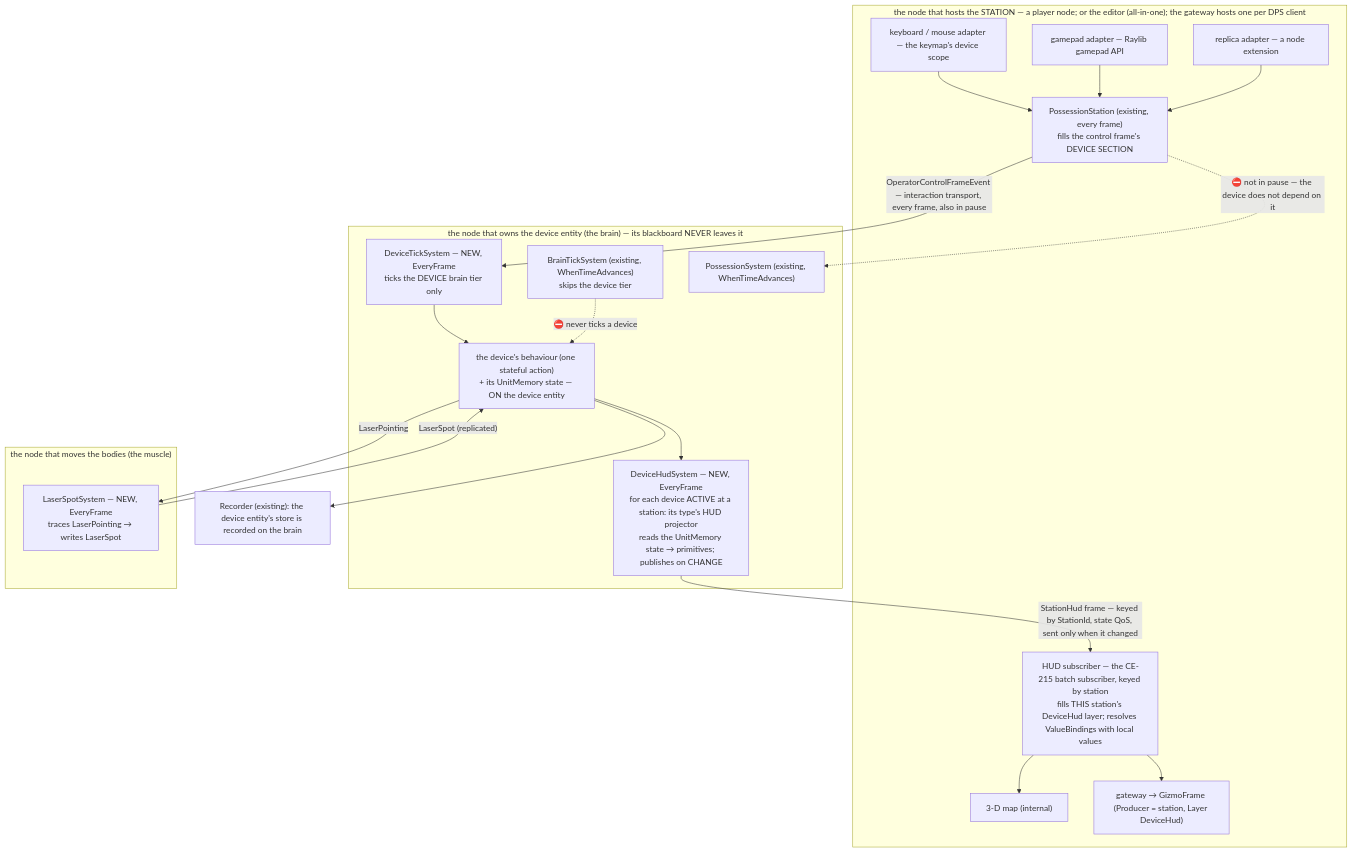
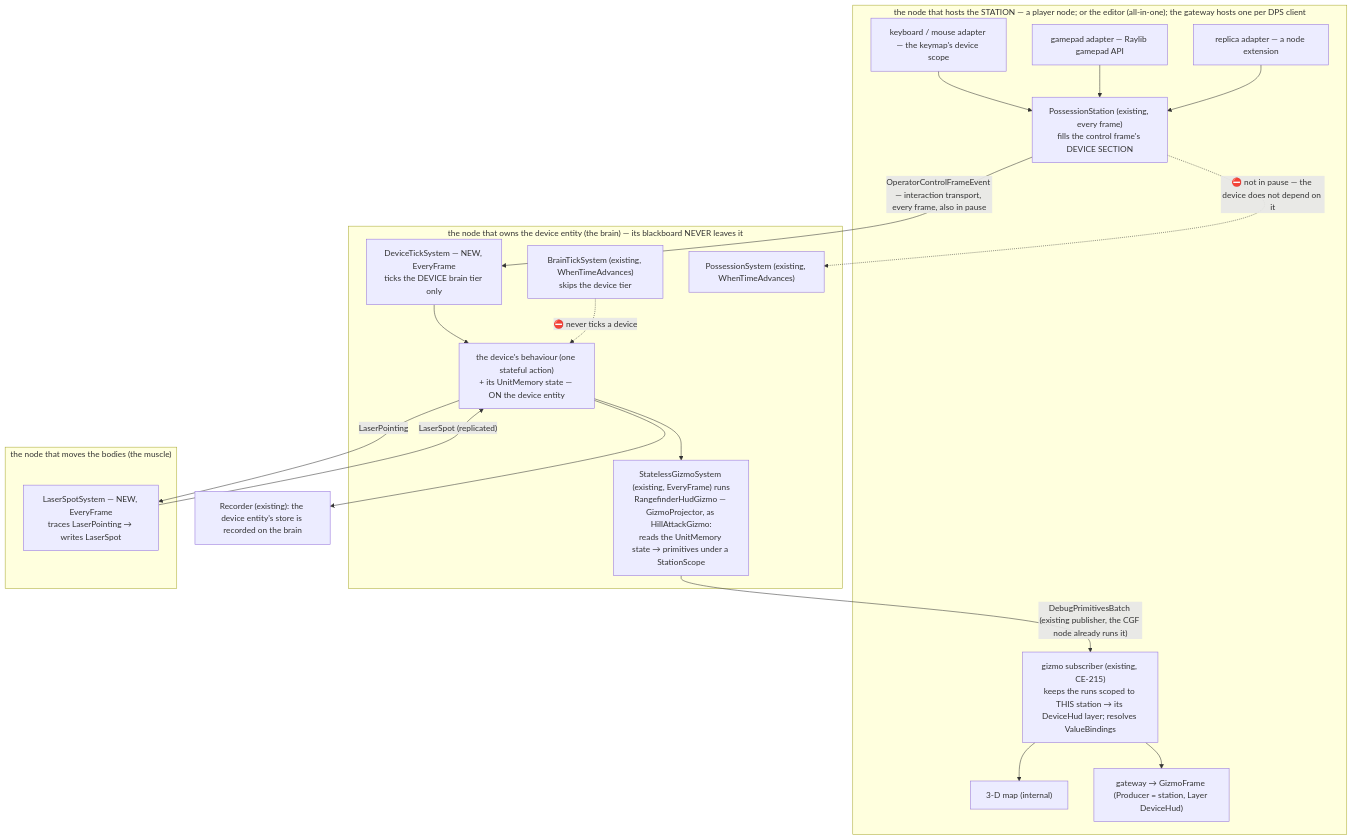
The first of 6 diagrams in docs/designs/devices/DESIGN_Simulated_Devices.md (pjanec/HROT), drawn with Mermaid before and after one commit. The commit also changed other lines of this file, not shown here.

First line of the commit message:
devices design rev 7 (§3k): no HUD system — the HUD is a stateless gizmo projector on the brain (as HillAttackGizmo), shipped by the existing batch under a StationScope meta-primitive

````diff
--- a/docs/designs/devices/DESIGN_Simulated_Devices.md
+++ b/docs/designs/devices/DESIGN_Simulated_Devices.md
@@ -71,37 +71,37 @@
 ```mermaid
 graph TD
   subgraph STATION["the node that hosts the STATION — a player node; or the editor (all-in-one); the gateway hosts one per DPS client"]
     KM["keyboard / mouse adapter — the keymap's device scope"]
     PAD["gamepad adapter — Raylib gamepad API"]
     REP["replica adapter — a node extension"]
     PS["PossessionStation (existing, every frame)<br/>fills the control frame's DEVICE SECTION"]
-    SUB["HUD subscriber — the CE-215 batch subscriber, keyed by station<br/>fills THIS station's DeviceHud layer; resolves ValueBindings with local values"]
+    SUB["gizmo subscriber (existing, CE-215)<br/>keeps the runs scoped to THIS station → its DeviceHud layer; resolves ValueBindings"]
     MAP["3-D map (internal)"]
     GW["gateway → GizmoFrame (Producer = station, Layer DeviceHud)"]
   end
   subgraph BRAIN["the node that owns the device entity (the brain) — its blackboard NEVER leaves it"]
     DTS["DeviceTickSystem — NEW, EveryFrame<br/>ticks the DEVICE brain tier only"]
     DB["the device's behaviour (one stateful action)<br/>+ its UnitMemory state — ON the device entity"]
-    HUDS["DeviceHudSystem — NEW, EveryFrame<br/>for each device ACTIVE at a station: its type's HUD projector<br/>reads the UnitMemory state → primitives; publishes on CHANGE"]
+    HUDS["StatelessGizmoSystem (existing, EveryFrame) runs<br/>RangefinderHudGizmo — GizmoProjector, as HillAttackGizmo:<br/>reads the UnitMemory state → primitives under a StationScope"]
     BTS["BrainTickSystem (existing, WhenTimeAdvances)<br/>skips the device tier"]
     POS["PossessionSystem (existing, WhenTimeAdvances)"]
   end
   subgraph MUSCLE["the node that moves the bodies (the muscle)"]
     LSS["LaserSpotSystem — NEW, EveryFrame<br/>traces LaserPointing → writes LaserSpot"]
   end
   REC["Recorder (existing): the device entity's store is recorded on the brain"]
   KM --> PS
   PAD --> PS
   REP --> PS
   PS -->|"OperatorControlFrameEvent — interaction transport, every frame, also in pause"| DTS
   DTS --> DB
   DB --> HUDS
-  HUDS -->|"StationHud frame — keyed by StationId, state QoS, sent only when it changed"| SUB
+  HUDS -->|"DebugPrimitivesBatch (existing publisher, the CGF node already runs it)"| SUB
   SUB --> MAP
   SUB --> GW
   DB -->|"LaserPointing"| LSS
   LSS -->|"LaserSpot (replicated)"| DB
   DB --> REC
   PS -.->|"⛔ not in pause — the device does not depend on it"| POS
   BTS -.->|"⛔ never ticks a device"| DB
 ```
````
